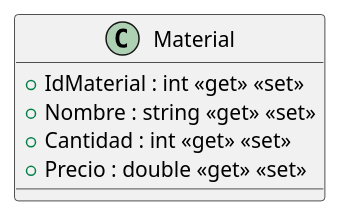
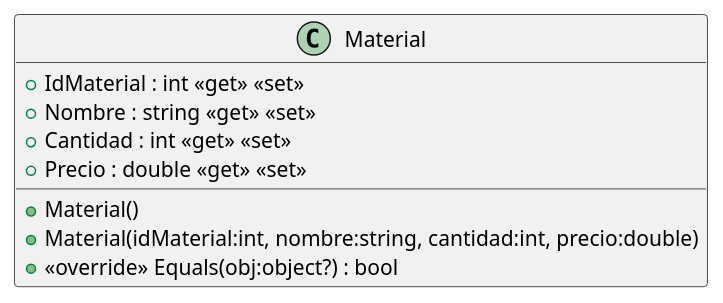
One commit to ISII2627CDGJ/ISII2627CDG changed the diagram in src/AppForSEII.API/ClassDiagram/src/AppForSEII.API/Models/Material.puml. Above: the diagram before and after it, drawn with PlantUML. The commit also changed 1 other file, not shown here.

Commit message:
Modificar clase Material

```diff
--- a/src/AppForSEII.API/ClassDiagram/src/AppForSEII.API/Models/Material.puml
+++ b/src/AppForSEII.API/ClassDiagram/src/AppForSEII.API/Models/Material.puml
@@ -1,8 +1,11 @@
 @startuml
 class Material {
     + IdMaterial : int <<get>> <<set>>
     + Nombre : string <<get>> <<set>>
     + Cantidad : int <<get>> <<set>>
     + Precio : double <<get>> <<set>>
+    + Material()
+    + Material(idMaterial:int, nombre:string, cantidad:int, precio:double)
+    + <<override>> Equals(obj:object?) : bool
 }
 @enduml
```
